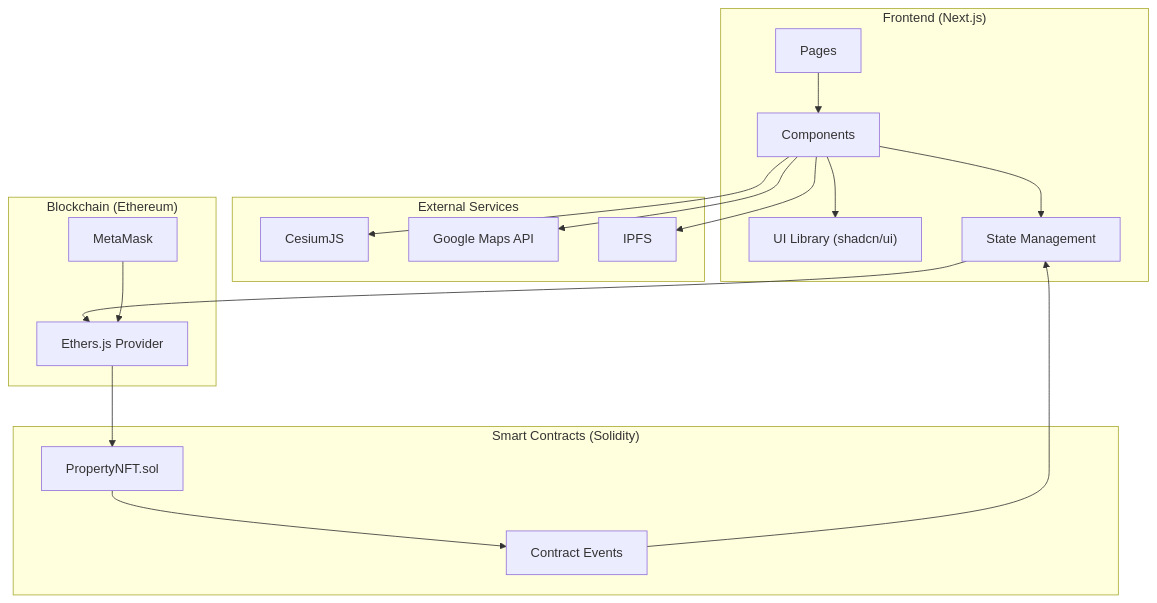
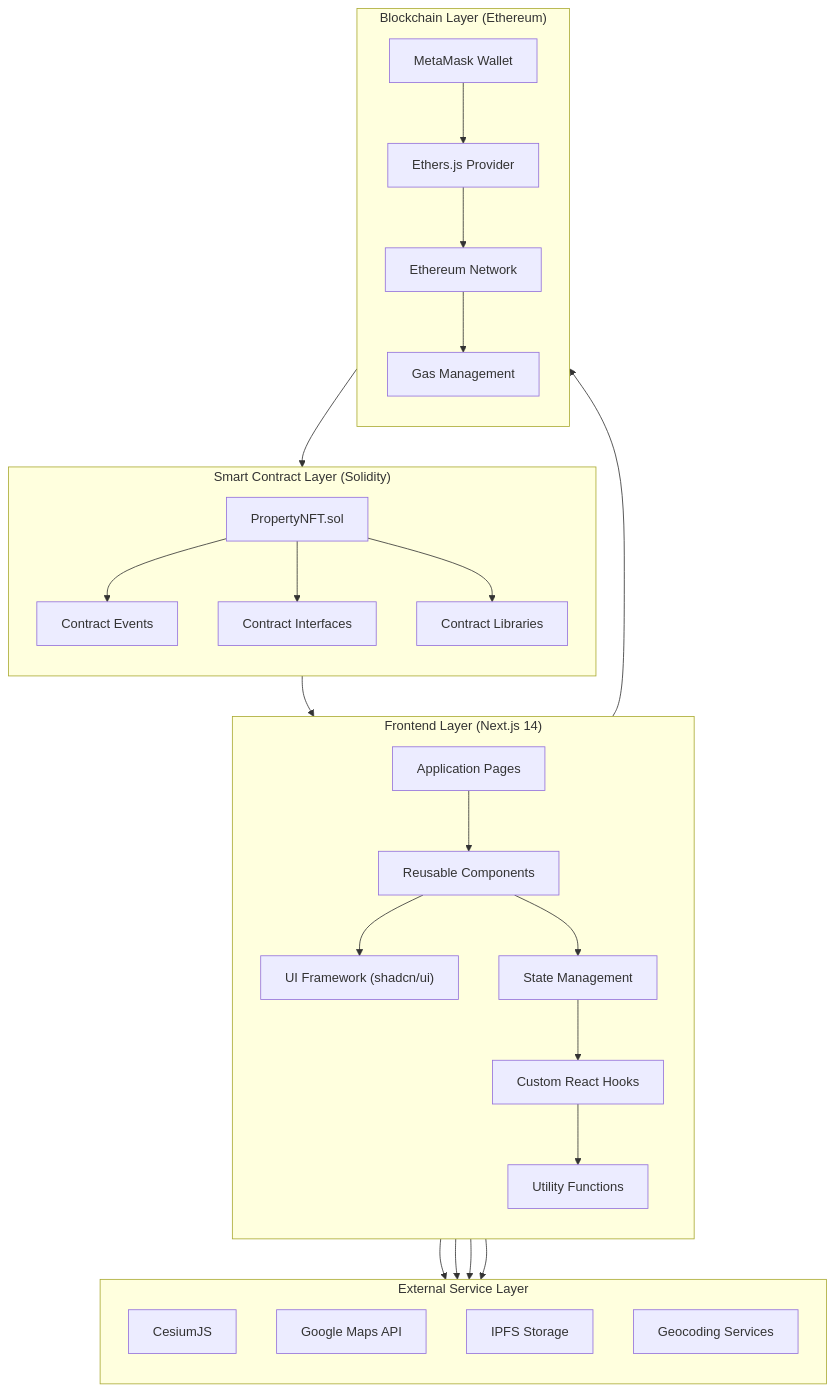
One commit to yosgi/nz-property-nft changed the first of 5 diagrams in docs/architecture.md. Above: the diagram before and after it, drawn with Mermaid. The commit also changed other lines of this file, not shown here.

Commit message:
Revise architecture documentation for Property NFT Platform

````diff
--- a/docs/architecture.md
+++ b/docs/architecture.md
@@ -5,44 +11,62 @@
 ```mermaid
 graph TB
-    subgraph Frontend["Frontend (Next.js)"]
-        Pages["Pages"]
-        Components["Components"]
-        UI["UI Library (shadcn/ui)"]
+    subgraph Frontend["Frontend Layer (Next.js 14)"]
+        direction TB
+        Pages["Application Pages"]
+        Components["Reusable Components"]
+        UI["UI Framework (shadcn/ui)"]
         State["State Management"]
+        Hooks["Custom React Hooks"]
+        Utils["Utility Functions"]
     end
 
-    subgraph SmartContracts["Smart Contracts (Solidity)"]
+    subgraph SmartContracts["Smart Contract Layer (Solidity)"]
+        direction TB
         PropertyNFT["PropertyNFT.sol"]
         Events["Contract Events"]
+        Interfaces["Contract Interfaces"]
+        Libraries["Contract Libraries"]
     end
 
-    subgraph ExternalServices["External Services"]
+    subgraph ExternalServices["External Service Layer"]
+        direction TB
         Cesium["CesiumJS"]
         GoogleMaps["Google Maps API"]
-        IPFS["IPFS"]
+        IPFS["IPFS Storage"]
+        Geocoding["Geocoding Services"]
     end
 
-    subgraph Blockchain["Blockchain (Ethereum)"]
-        MetaMask["MetaMask"]
+    subgraph Blockchain["Blockchain Layer (Ethereum)"]
+        direction TB
+        MetaMask["MetaMask Wallet"]
         Provider["Ethers.js Provider"]
+        Network["Ethereum Network"]
+        Gas["Gas Management"]
     end
 
-    %% Frontend Connections
+    %% Frontend Layer Connections
     Pages --> Components
     Components --> UI
     Components --> State
+    State --> Hooks
+    Hooks --> Utils
     State --> Provider
 
-    %% Smart Contract Connections
+    %% Smart Contract Layer Connections
     Provider --> PropertyNFT
     PropertyNFT --> Events
+    PropertyNFT --> Interfaces
+    PropertyNFT --> Libraries
     Events --> State
 
-    %% External Service Connections
+    %% External Service Layer Connections
     Components --> Cesium
     Components --> GoogleMaps
     Components --> IPFS
+    Components --> Geocoding
 
-    %% Blockchain Connections
+    %% Blockchain Layer Connections
     MetaMask --> Provider
+    Provider --> Network
+    Network --> Gas
 ```
````
